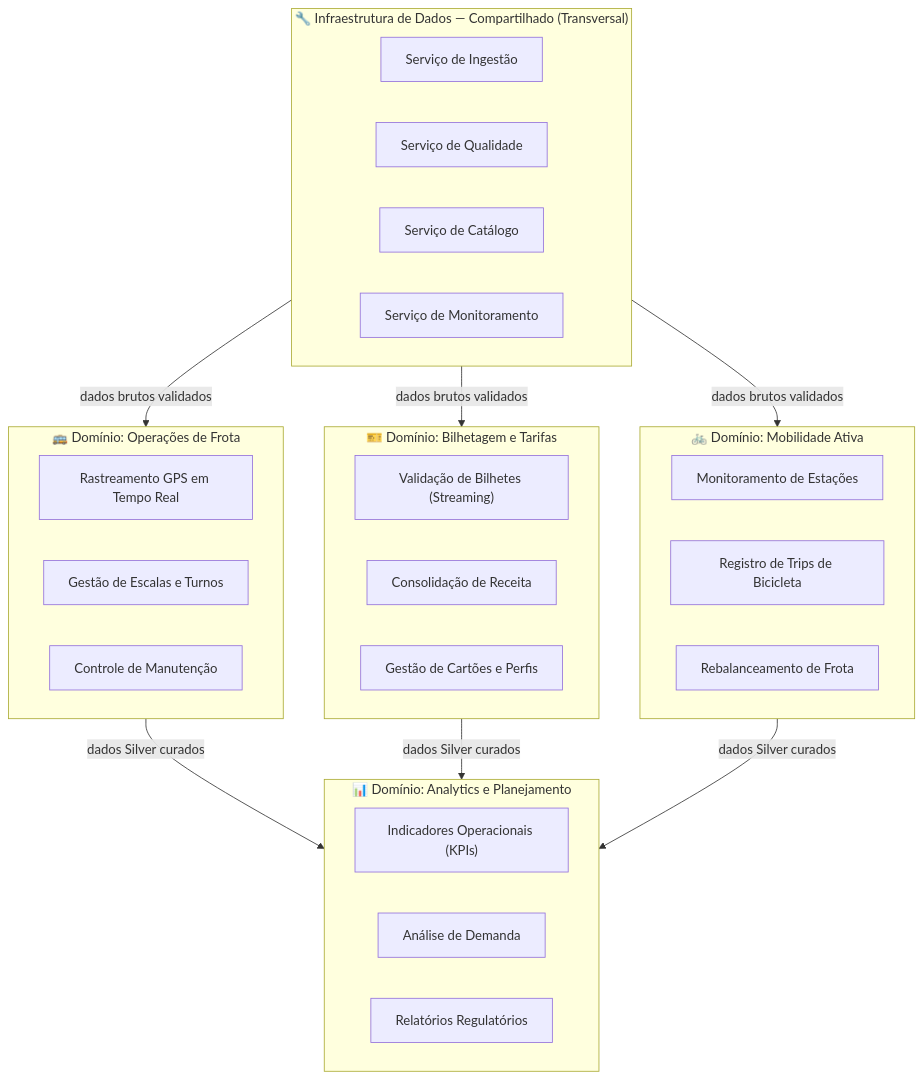
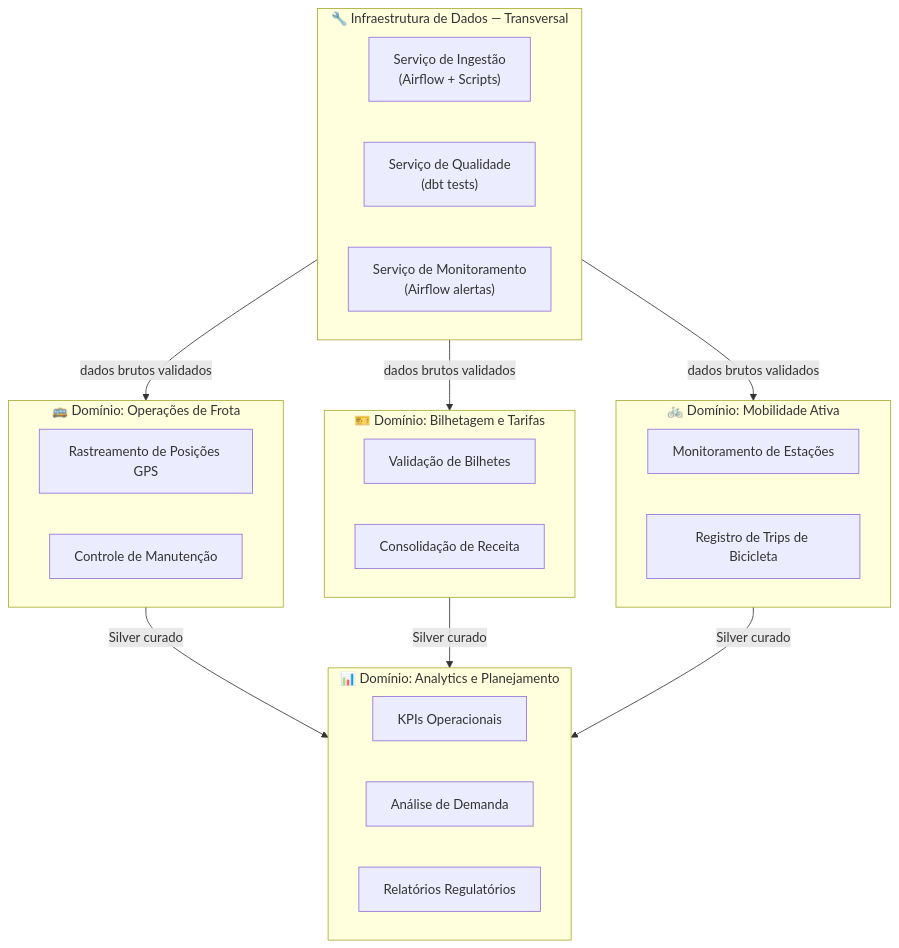
Before and after one commit to eduardohirle22/Trabalho-engenharia-de-dados: the first of 3 diagrams in mobilidade-urbana-dataeng/docs/03-dominios-servicos.md, drawn with Mermaid. The commit also changed other lines of this file and 10 other files, not shown here.

````diff
--- a/mobilidade-urbana-dataeng/docs/03-dominios-servicos.md
+++ b/mobilidade-urbana-dataeng/docs/03-dominios-servicos.md
@@ -13,41 +13,37 @@
 ```mermaid
 graph TD
-    subgraph SHARED["🔧 Infraestrutura de Dados — Compartilhado (Transversal)"]
-        INF_ING["Serviço de Ingestão"]
-        INF_QUA["Serviço de Qualidade"]
-        INF_CAT["Serviço de Catálogo"]
-        INF_MON["Serviço de Monitoramento"]
+    subgraph INFRA["🔧 Infraestrutura de Dados — Transversal"]
+        INF_ING["Serviço de Ingestão\n(Airflow + Scripts)"]
+        INF_QUA["Serviço de Qualidade\n(dbt tests)"]
+        INF_MON["Serviço de Monitoramento\n(Airflow alertas)"]
     end
 
     subgraph DOM1["🚌 Domínio: Operações de Frota"]
-        D1A["Rastreamento GPS em Tempo Real"]
-        D1B["Gestão de Escalas e Turnos"]
-        D1C["Controle de Manutenção"]
+        D1A["Rastreamento de Posições GPS"]
+        D1B["Controle de Manutenção"]
     end
 
     subgraph DOM2["🎫 Domínio: Bilhetagem e Tarifas"]
-        D2A["Validação de Bilhetes (Streaming)"]
+        D2A["Validação de Bilhetes"]
         D2B["Consolidação de Receita"]
-        D2C["Gestão de Cartões e Perfis"]
     end
 
     subgraph DOM3["🚲 Domínio: Mobilidade Ativa"]
         D3A["Monitoramento de Estações"]
         D3B["Registro de Trips de Bicicleta"]
-        D3C["Rebalanceamento de Frota"]
     end
 
     subgraph DOM4["📊 Domínio: Analytics e Planejamento"]
-        D4A["Indicadores Operacionais (KPIs)"]
+        D4A["KPIs Operacionais"]
         D4B["Análise de Demanda"]
         D4C["Relatórios Regulatórios"]
     end
 
-    SHARED -->|"dados brutos validados"| DOM1
-    SHARED -->|"dados brutos validados"| DOM2
-    SHARED -->|"dados brutos validados"| DOM3
+    INFRA -->|"dados brutos validados"| DOM1
+    INFRA -->|"dados brutos validados"| DOM2
+    INFRA -->|"dados brutos validados"| DOM3
 
-    DOM1 -->|"dados Silver curados"| DOM4
-    DOM2 -->|"dados Silver curados"| DOM4
-    DOM3 -->|"dados Silver curados"| DOM4
+    DOM1 -->|"Silver curado"| DOM4
+    DOM2 -->|"Silver curado"| DOM4
+    DOM3 -->|"Silver curado"| DOM4
 ```
````
